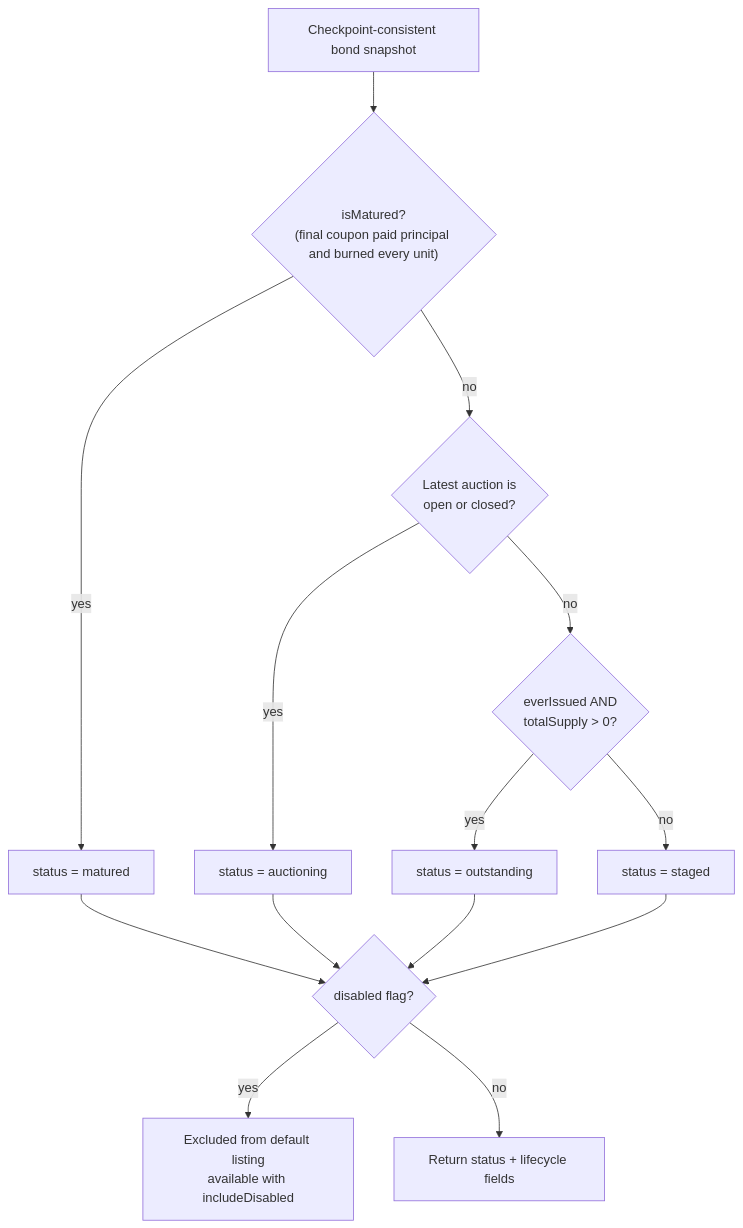
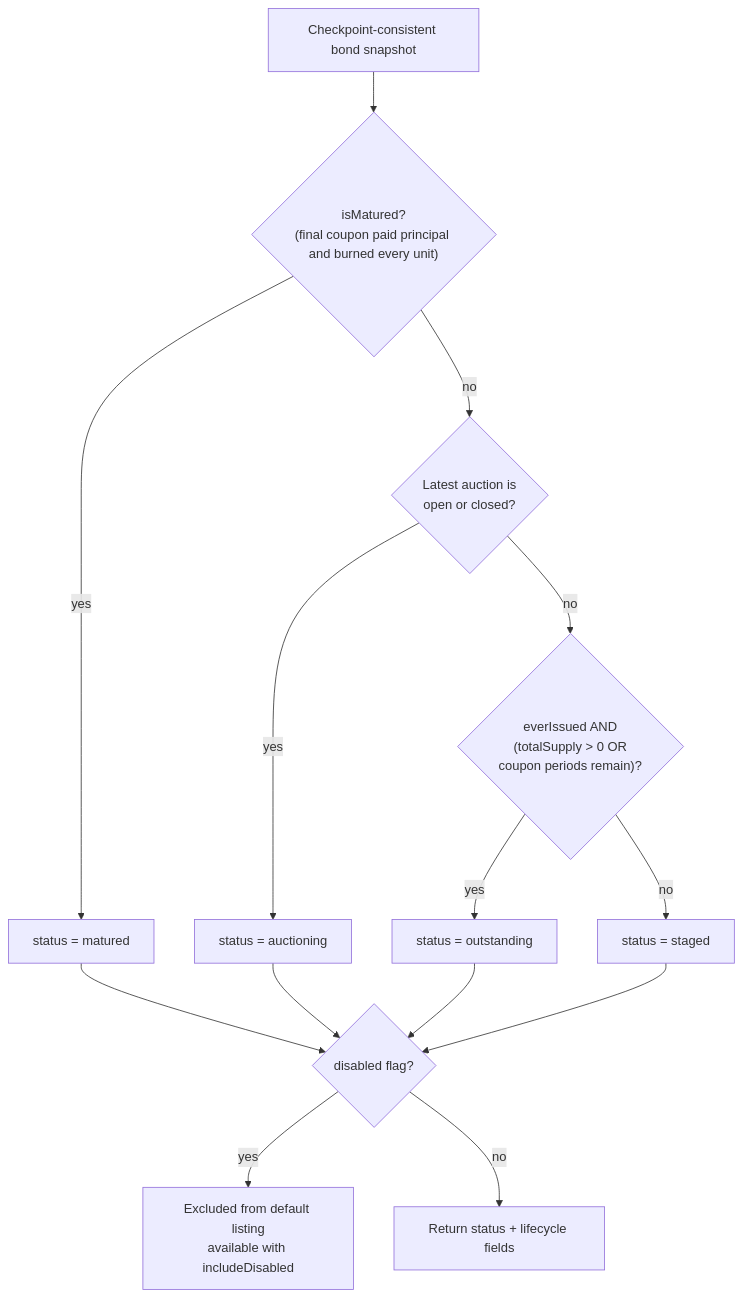
The first of 2 diagrams in docs/diagrams/processes/bond-lifecycle.md (Norges-Bank-CBDC-Lab/cbdc-tokenization-sandbox), drawn with Mermaid before and after one commit. The commit also changed other lines of this file and 12 other files, not shown here.

First line of the commit message:
Docs: drop removed behaviour; refresh diagrams and known issues

````diff
--- a/docs/diagrams/processes/bond-lifecycle.md
+++ b/docs/diagrams/processes/bond-lifecycle.md
@@ -7,24 +7,24 @@
 ```mermaid
 flowchart TD
     snapshot["Checkpoint-consistent bond snapshot"]
     matured{"isMatured?<br/>(final coupon paid principal and burned every unit)"}
     auctioning{"Latest auction is<br/>open or closed?"}
-    outstanding{"everIssued AND<br/>totalSupply > 0?"}
+    outstanding{"everIssued AND<br/>(totalSupply > 0 OR<br/>coupon periods remain)?"}
     m["status = matured"]
     a["status = auctioning"]
     o["status = outstanding"]
     s["status = staged"]
     disabled{"disabled flag?"}
     hidden["Excluded from default listing<br/>available with includeDisabled"]
     visible["Return status + lifecycle fields"]
 
     snapshot --> matured
     matured -->|"yes"| m --> disabled
     matured -->|"no"| auctioning
     auctioning -->|"yes"| a --> disabled
     auctioning -->|"no"| outstanding
     outstanding -->|"yes"| o --> disabled
     outstanding -->|"no"| s --> disabled
     disabled -->|"yes"| hidden
     disabled -->|"no"| visible
 ```
````
